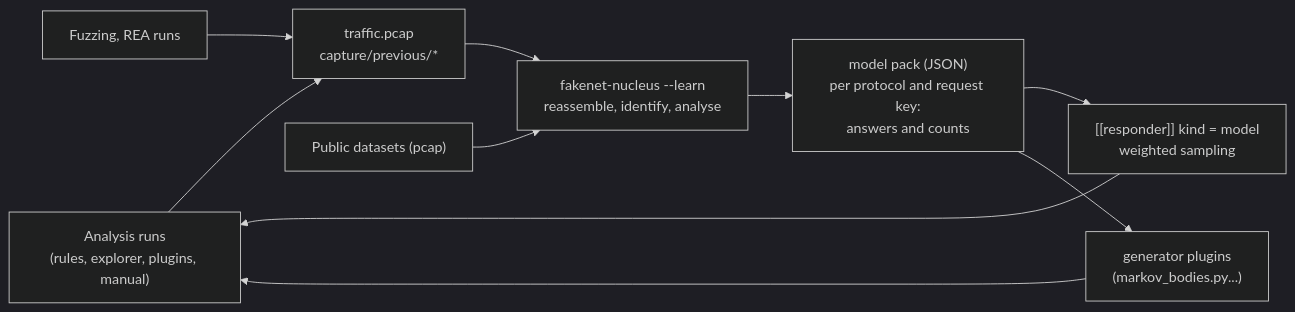
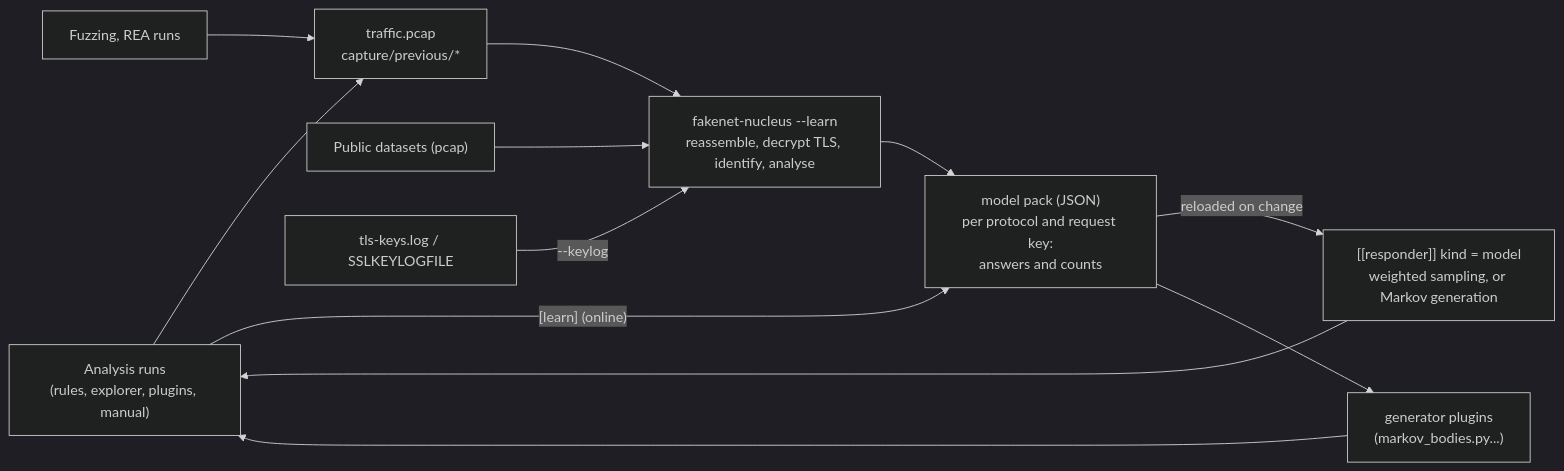
The third of 3 diagrams in design/architecture.md (maxamin/fakenet-hybrid), drawn with Mermaid (dark theme) before and after one commit. The commit also changed other lines of this file and 34 other files, not shown here.

First line of the commit message:
Learn online, generate answers, keep an explorer corpus, decrypt TLS while learning

````diff
--- a/design/architecture.md
+++ b/design/architecture.md
@@ -61,12 +64,14 @@
 ```mermaid
 flowchart LR
     run["Analysis runs<br/>(rules, explorer, plugins, manual)"] --> pcap["traffic.pcap<br/>capture/previous/*"]
     fuzz["Fuzzing, REA runs"] --> pcap
     public["Public datasets (pcap)"] --> learner
-    pcap --> learner["fakenet-nucleus --learn<br/>reassemble, identify, analyse"]
+    keylog["tls-keys.log / SSLKEYLOGFILE"] -->|--keylog| learner
+    pcap --> learner["fakenet-nucleus --learn<br/>reassemble, decrypt TLS, identify, analyse"]
     learner --> pack["model pack (JSON)<br/>per protocol and request key:<br/>answers and counts"]
-    pack --> responder["[[responder]] kind = model<br/>weighted sampling"]
+    run -->|"[learn] (online)"| pack
+    pack -->|"reloaded on change"| responder["[[responder]] kind = model<br/>weighted sampling, or Markov generation"]
     pack --> generators["generator plugins<br/>(markov_bodies.py...)"]
     responder --> run
     generators --> run
 ```
````
